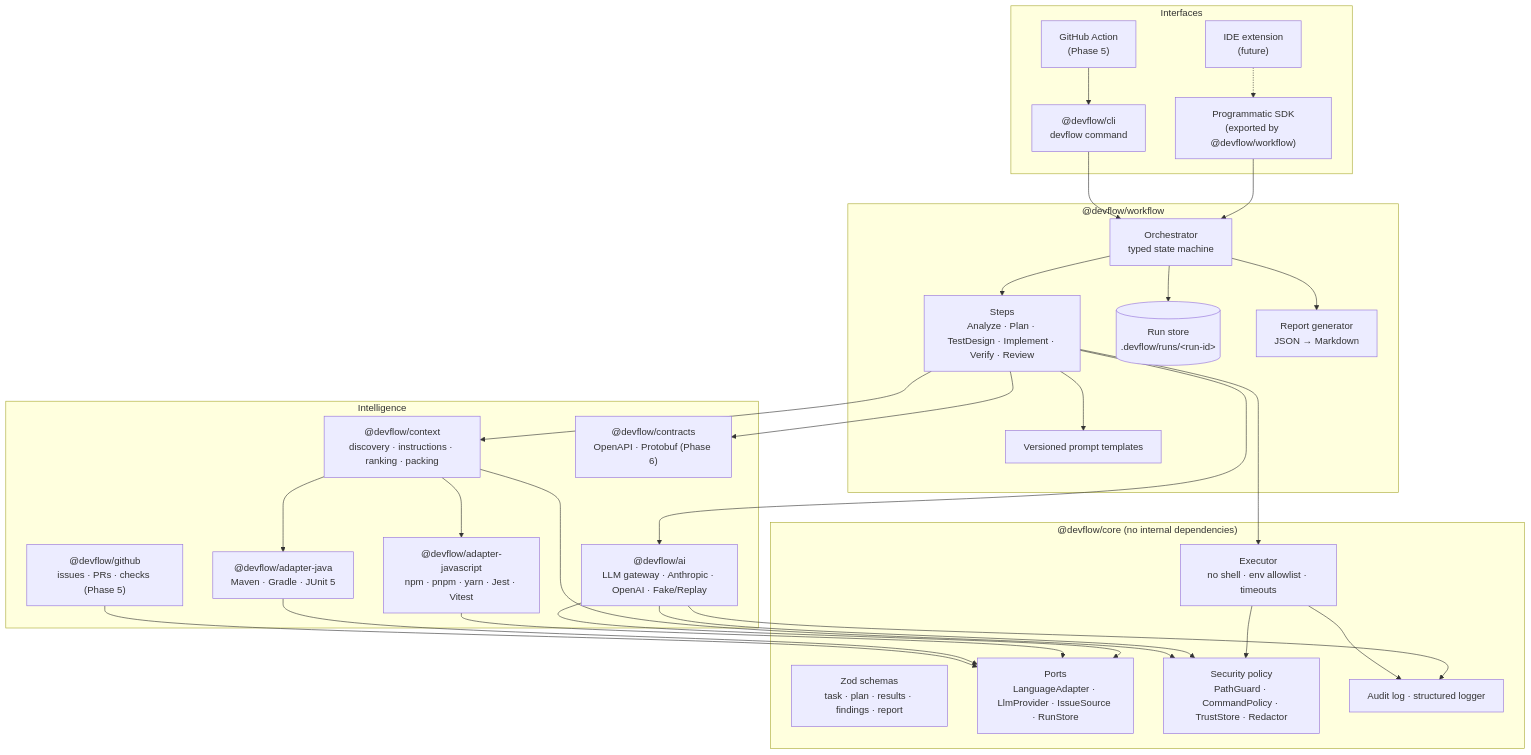
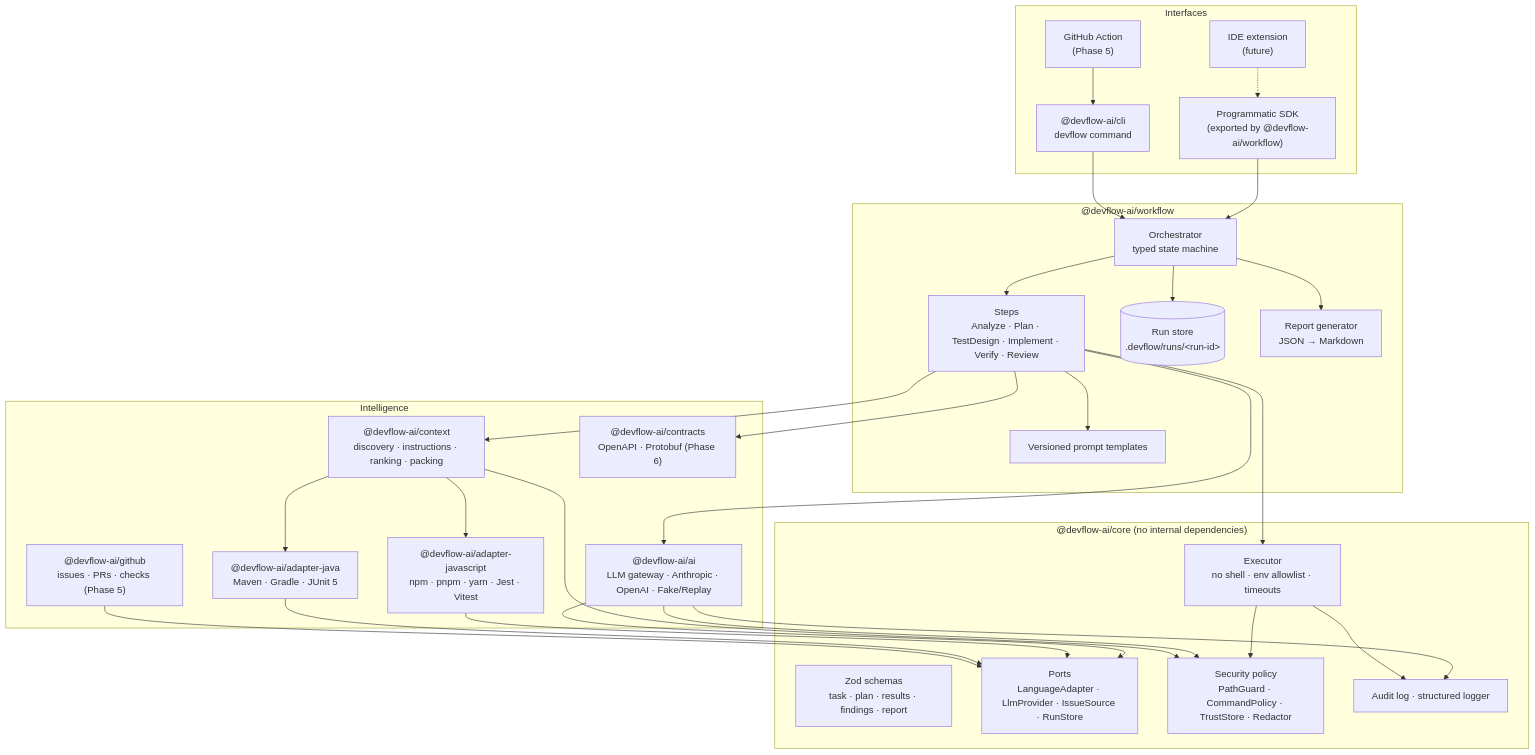
The first of 3 diagrams in docs/design/architecture-proposal.md (mohamedyangui/DevFlow), drawn with Mermaid before and after one commit. The commit also changed other lines of this file and 222 other files, not shown here.

First line of the commit message:
npm publication: one bundled @devflow-ai/cli package (0.2.0)

````diff
--- a/docs/design/architecture-proposal.md
+++ b/docs/design/architecture-proposal.md
@@ -51,58 +51,58 @@
 ```mermaid
 flowchart TB
   subgraph IF["Interfaces"]
-    CLI["@devflow/cli<br/>devflow command"]
-    SDK["Programmatic SDK<br/>(exported by @devflow/workflow)"]
+    CLI["@devflow-ai/cli<br/>devflow command"]
+    SDK["Programmatic SDK<br/>(exported by @devflow-ai/workflow)"]
     GHA["GitHub Action<br/>(Phase 5)"]
     IDE["IDE extension<br/>(future)"]
   end
 
-  subgraph WF["@devflow/workflow"]
+  subgraph WF["@devflow-ai/workflow"]
     ORCH["Orchestrator<br/>typed state machine"]
     STEPS["Steps<br/>Analyze · Plan · TestDesign · Implement · Verify · Review"]
     PROMPTS["Versioned prompt templates"]
     STORE[("Run store<br/>.devflow/runs/&lt;run-id&gt;")]
     REPORT["Report generator<br/>JSON → Markdown"]
   end
 
   subgraph INT["Intelligence"]
-    CTX["@devflow/context<br/>discovery · instructions · ranking · packing"]
-    AI["@devflow/ai<br/>LLM gateway · Anthropic · OpenAI · Fake/Replay"]
-    AJ["@devflow/adapter-java<br/>Maven · Gradle · JUnit 5"]
-    AJS["@devflow/adapter-javascript<br/>npm · pnpm · yarn · Jest · Vitest"]
-    CON["@devflow/contracts<br/>OpenAPI · Protobuf (Phase 6)"]
-    GH["@devflow/github<br/>issues · PRs · checks (Phase 5)"]
+    CTX["@devflow-ai/context<br/>discovery · instructions · ranking · packing"]
+    AI["@devflow-ai/ai<br/>LLM gateway · Anthropic · OpenAI · Fake/Replay"]
+    AJ["@devflow-ai/adapter-java<br/>Maven · Gradle · JUnit 5"]
+    AJS["@devflow-ai/adapter-javascript<br/>npm · pnpm · yarn · Jest · Vitest"]
+    CON["@devflow-ai/contracts<br/>OpenAPI · Protobuf (Phase 6)"]
+    GH["@devflow-ai/github<br/>issues · PRs · checks (Phase 5)"]
   end
 
-  subgraph CORE["@devflow/core (no internal dependencies)"]
+  subgraph CORE["@devflow-ai/core (no internal dependencies)"]
     SCH["Zod schemas<br/>task · plan · results · findings · report"]
     PORTS["Ports<br/>LanguageAdapter · LlmProvider · IssueSource · RunStore"]
     POL["Security policy<br/>PathGuard · CommandPolicy · TrustStore · Redactor"]
     EXE["Executor<br/>no shell · env allowlist · timeouts"]
     AUD["Audit log · structured logger"]
   end
 
   CLI --> ORCH
   SDK --> ORCH
   GHA --> CLI
   IDE -.-> SDK
   ORCH --> STEPS
   STEPS --> PROMPTS
   ORCH --> STORE
   ORCH --> REPORT
   STEPS --> CTX
   STEPS --> AI
   STEPS --> CON
   CTX --> AJ
   CTX --> AJS
   STEPS --> EXE
   GH --> PORTS
   AJ --> PORTS
   AJS --> PORTS
   AI --> PORTS
   CTX --> POL
   AI --> POL
   EXE --> POL
   EXE --> AUD
   AI --> AUD
 ```
````
